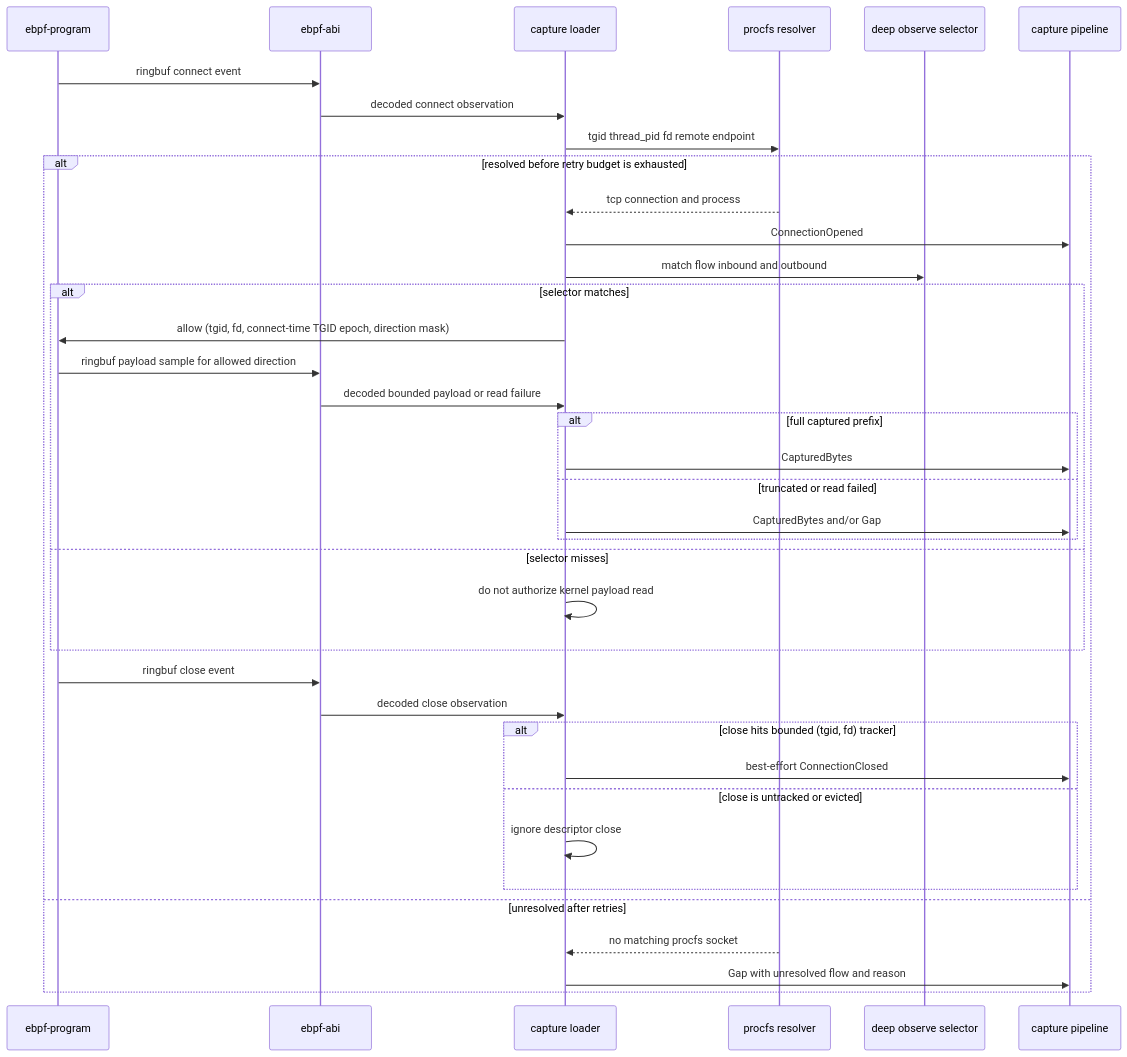
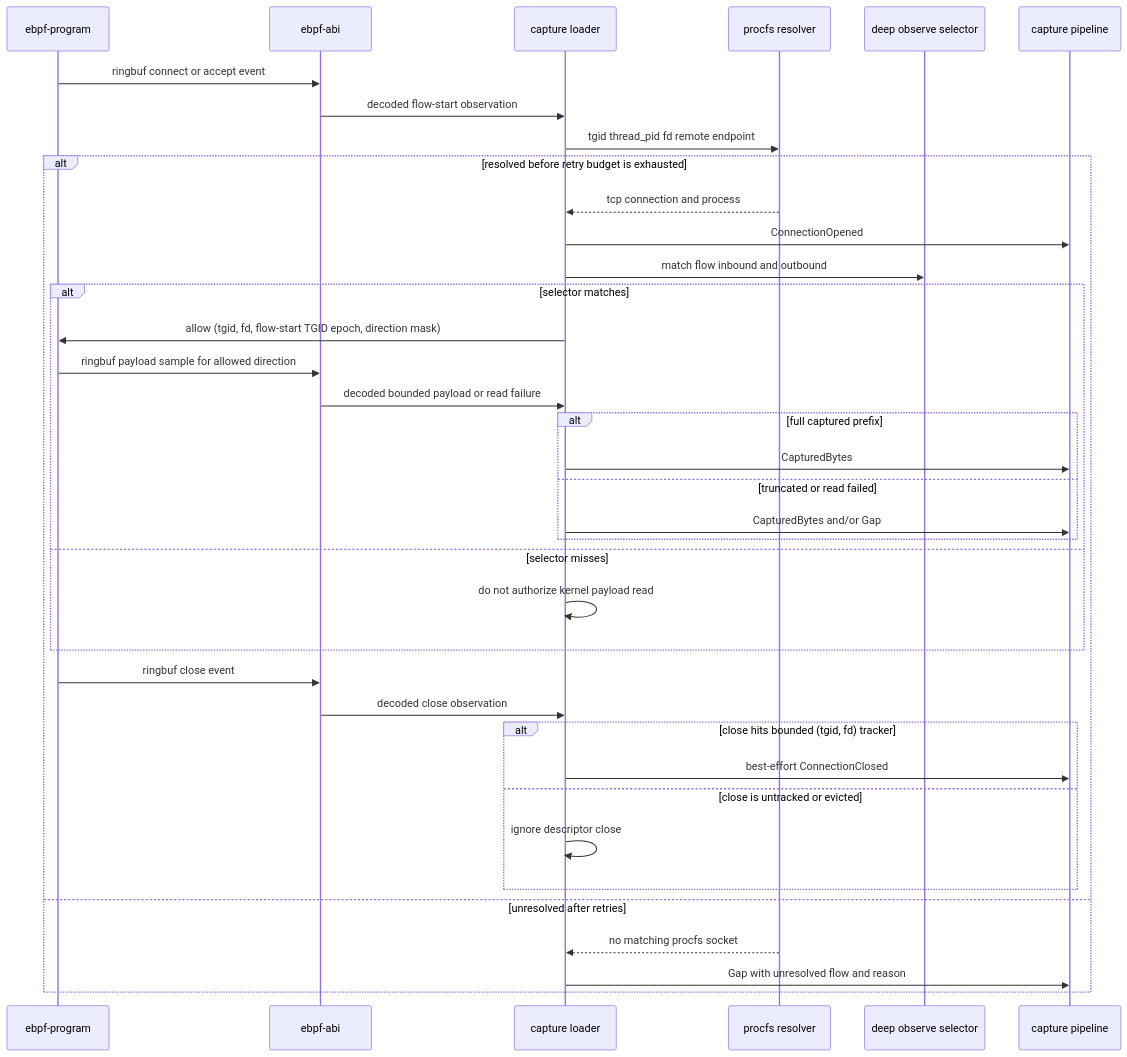
The third of 7 diagrams in docs/design.md (M4n5ter/probe), drawn with Mermaid before and after one commit. The commit also changed other lines of this file and 31 other files, not shown here.

Commit message:
Add eBPF accept-side flow starts

````diff
--- a/docs/design.md
+++ b/docs/design.md
@@ -304,40 +304,40 @@
 ```mermaid
 sequenceDiagram
     participant Program as ebpf-program
     participant Abi as ebpf-abi
     participant Loader as capture loader
     participant Resolver as procfs resolver
     participant Selector as deep observe selector
     participant Pipeline as capture pipeline
 
-    Program->>Abi: ringbuf connect event
-    Abi->>Loader: decoded connect observation
+    Program->>Abi: ringbuf connect or accept event
+    Abi->>Loader: decoded flow-start observation
     Loader->>Resolver: tgid thread_pid fd remote endpoint
     alt resolved before retry budget is exhausted
         Resolver-->>Loader: tcp connection and process
         Loader->>Pipeline: ConnectionOpened
         Loader->>Selector: match flow inbound and outbound
         alt selector matches
-            Loader->>Program: allow (tgid, fd, connect-time TGID epoch, direction mask)
+            Loader->>Program: allow (tgid, fd, flow-start TGID epoch, direction mask)
             Program->>Abi: ringbuf payload sample for allowed direction
             Abi->>Loader: decoded bounded payload or read failure
             alt full captured prefix
                 Loader->>Pipeline: CapturedBytes
             else truncated or read failed
                 Loader->>Pipeline: CapturedBytes and/or Gap
             end
         else selector misses
             Loader->>Loader: do not authorize kernel payload read
         end
         Program->>Abi: ringbuf close event
         Abi->>Loader: decoded close observation
         alt close hits bounded (tgid, fd) tracker
             Loader->>Pipeline: best-effort ConnectionClosed
         else close is untracked or evicted
             Loader->>Loader: ignore descriptor close
         end
     else unresolved after retries
         Resolver-->>Loader: no matching procfs socket
         Loader->>Pipeline: Gap with unresolved flow and reason
     end
 ```
````
